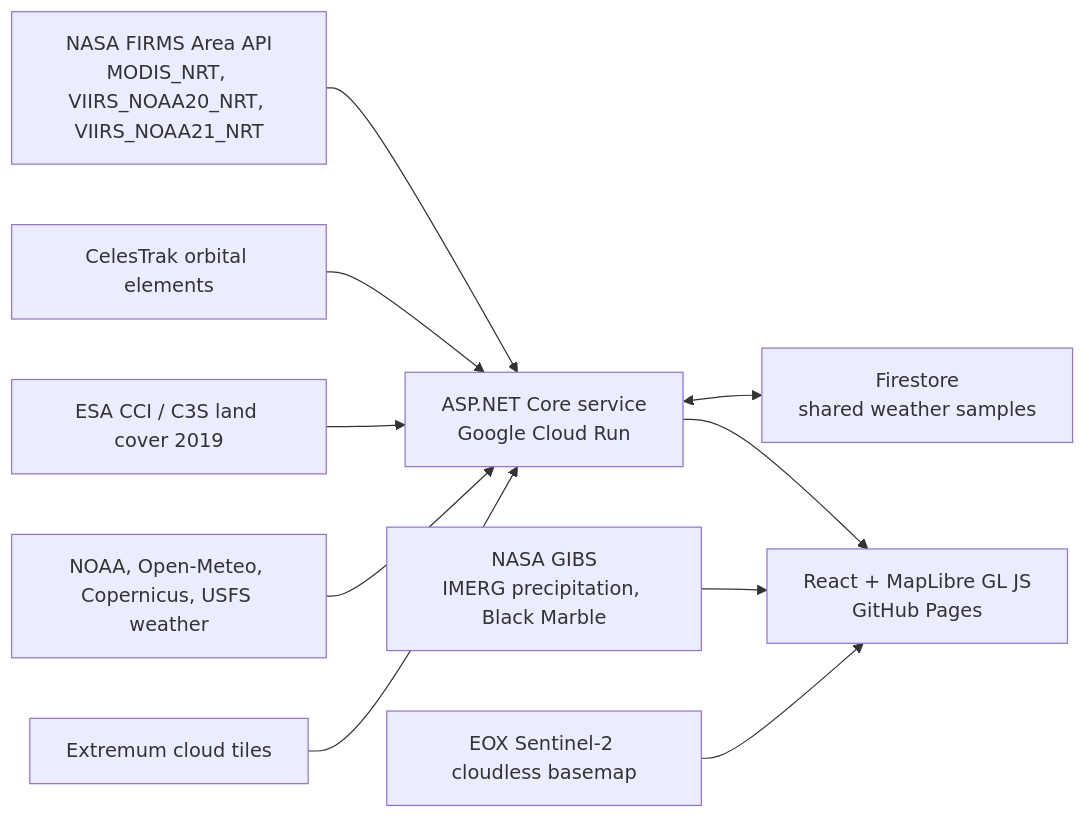
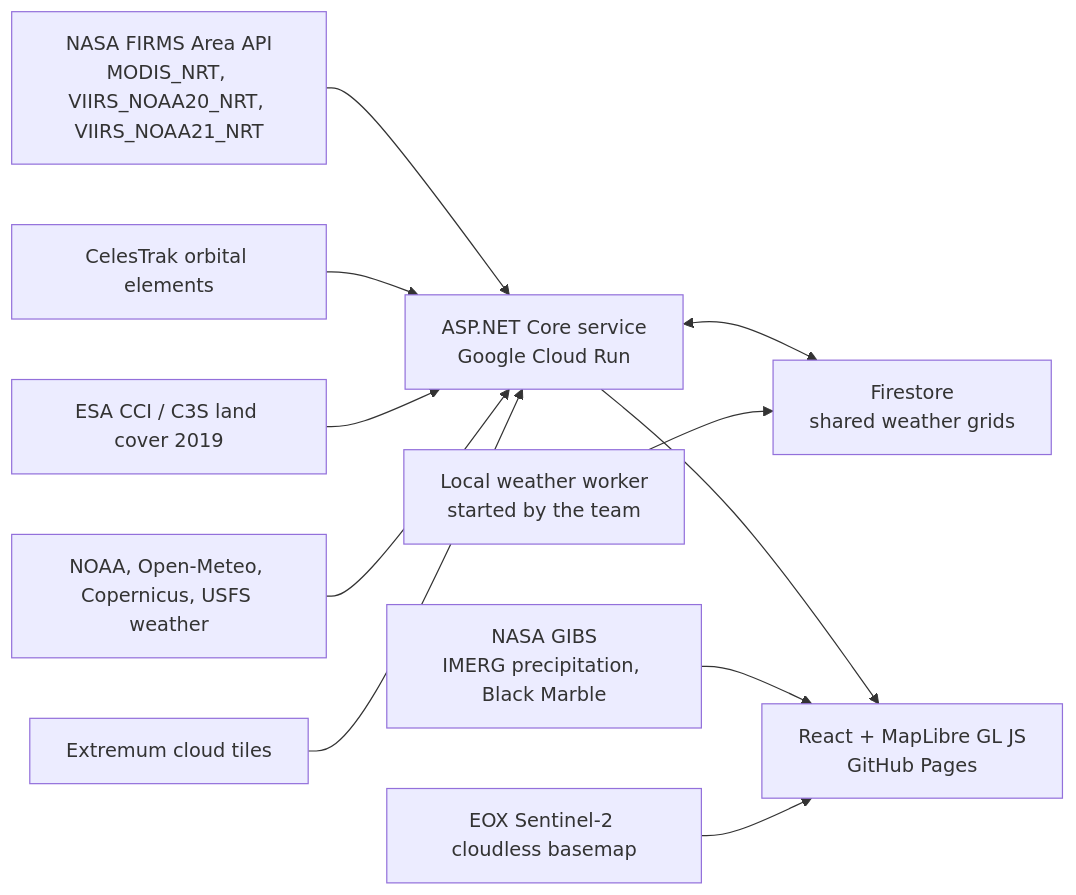
Before and after one commit to avbelkin/nasa-space-apps-sg: the diagram in submission/docs/technical-note.md, drawn with Mermaid. The commit also changed other lines of this file and 1 other file, not shown here.

````diff
--- a/submission/docs/technical-note.md
+++ b/submission/docs/technical-note.md
@@ -44,12 +47,13 @@
 ```mermaid
 flowchart LR
   FIRMS[NASA FIRMS Area API<br/>MODIS_NRT, VIIRS_NOAA20_NRT, VIIRS_NOAA21_NRT] --> API
   TLE[CelesTrak orbital elements] --> API
   LC[ESA CCI / C3S land cover 2019] --> API
   WX[NOAA, Open-Meteo, Copernicus, USFS weather] --> API
   EXT[Extremum cloud tiles] --> API
-  API <--> FS[Firestore<br/>shared weather samples]
+  API <--> FS[Firestore<br/>shared weather grids]
+  WORKER[Local weather worker<br/>started by the team] --> FS
   API[ASP.NET Core service<br/>Google Cloud Run] --> UI[React + MapLibre GL JS<br/>GitHub Pages]
   GIBS[NASA GIBS<br/>IMERG precipitation, Black Marble] --> UI
   EOX[EOX Sentinel-2 cloudless basemap] --> UI
 ```
````
